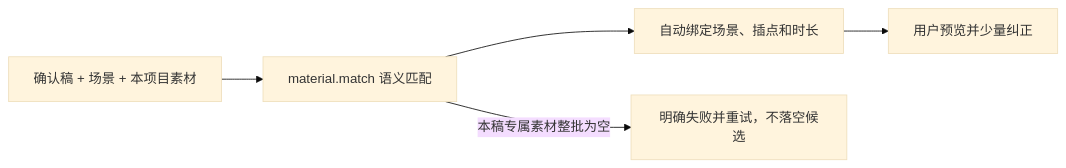
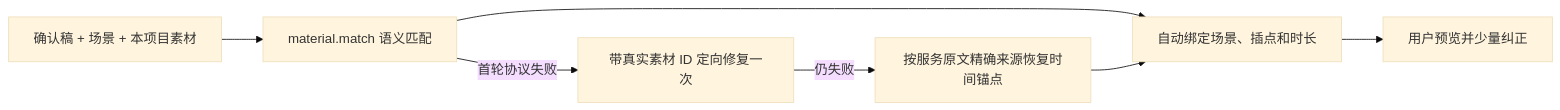
Before and after one commit to zzyong24/Thirdspace-creator: the diagram in orchestrator/T867-BUILD-VALIDATION.md, drawn with Mermaid (base theme). The commit also changed other lines of this file and 13 other files, not shown here.

````diff
--- a/orchestrator/T867-BUILD-VALIDATION.md
+++ b/orchestrator/T867-BUILD-VALIDATION.md
@@ -16,7 +17,9 @@
 ```mermaid
 flowchart LR
   A["确认稿 + 场景 + 本项目素材"] --> B["material.match 语义匹配"]
   B --> C["自动绑定场景、插点和时长"]
   C --> D["用户预览并少量纠正"]
-  B -->|"本稿专属素材整批为空"| E["明确失败并重试，不落空候选"]
+  B -->|"首轮协议失败"| E["带真实素材 ID 定向修复一次"]
+  E -->|"仍失败"| F["按服务原文精确来源恢复时间锚点"]
+  F --> C
 ```
````
